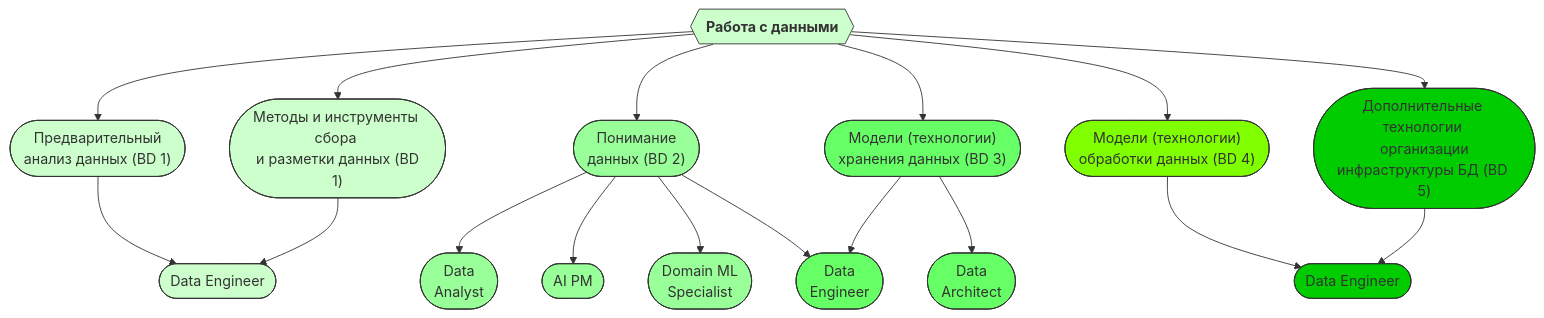
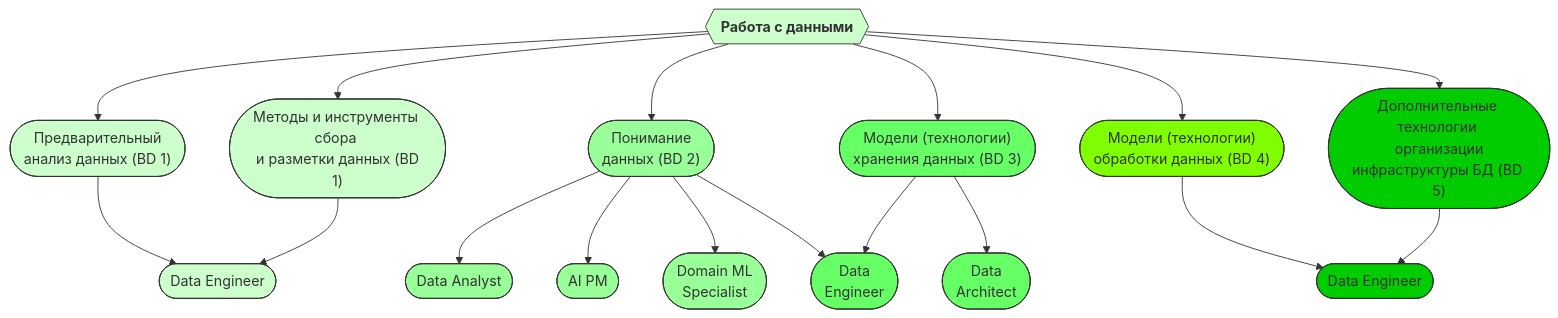
One commit to aimclub/ai-competency-model changed the second of 3 diagrams in README.md. Above: the diagram before and after it, drawn with Mermaid.

````diff
--- a/README.md
+++ b/README.md
@@ -34,46 +34,46 @@
 ```mermaid
 graph TD;
 classDef BD1Style fill:#CCFFCC,stroke:#333,stroke-width:1px
 classDef BD2Style fill:#99FF99,stroke:#333,stroke-width:1px
 classDef BD3Style fill:#66FF66,stroke:#333,stroke-width:1px
 classDef BD4Style fill:#80FF00,stroke:#333,stroke-width:1px
 classDef BD5Style fill:#00CC00,stroke:#333,stroke-width:1px
 
 areaBD{{"`**Работа с данными**`"}}:::BD1Style -->aspectPreDataAnalysis(["Предварительный <br> анализ данных (BD 1)"]):::BD1Style
 areaBD -->aspectDataMarkCollection(["Методы и инструменты сбора <br> и разметки данных (BD 1)"]):::BD1Style
 areaBD -->aspectDataUnderstanding(["Понимание <br> данных (BD 2)"]):::BD2Style
 areaBD -->aspectDataStoraging(["Модели (технологии) <br> хранения данных (BD 3)"]):::BD3Style
 areaBD -->aspectDataProcessing(["Модели (технологии) <br> обработки данных (BD 4)"]):::BD4Style
 areaBD -->aspectBDInfrastructure(["Дополнительные технологии <br> организации инфраструктуры БД (BD 5)"]):::BD5Style
 
 aspectPreDataAnalysis -->jobDataEngineer(["Data Engineer"]):::BD1Style
 aspectDataMarkCollection -->jobDataEngineer
 
-aspectDataUnderstanding -->jobDataAnalyst(["Data <br> Analyst"]):::BD2Style
+aspectDataUnderstanding -->jobDataAnalyst(["Data Analyst"]):::BD2Style
 aspectDataUnderstanding -->jobAIPM(["AI PM"]):::BD2Style
 aspectDataUnderstanding -->jobDomainMLSpecialist(["Domain ML <br> Specialist"]):::BD2Style
 
 aspectDataUnderstanding -->jobDataEngineer3(["Data <br> Engineer"]):::BD3Style
 aspectDataStoraging -->jobDataArchitect(["Data <br> Architect"]):::BD3Style
 aspectDataStoraging -->jobDataEngineer3(["Data <br> Engineer"]):::BD3Style
 
 aspectDataProcessing -->jobDataEngineer4(["Data Engineer"]):::BD5Style
 aspectBDInfrastructure -->jobDataEngineer4
 
 click aspectPreDataAnalysis "https://github.com/VoidSubjucator/Competence-Bank/blob/main/Math/BD/aspectPreDataAnalysis.md"
 click aspectDataMarkCollection "https://github.com/VoidSubjucator/Competence-Bank/blob/main/Math/BD/aspectDataMarkCollection.md"
 click aspectDataUnderstanding "https://github.com/VoidSubjucator/Competence-Bank/blob/main/Math/BD/aspectDataUnderstanding.md"
 click aspectDataStoraging "https://github.com/VoidSubjucator/Competence-Bank/blob/main/Math/BD/aspectDataStoraging.md"
 click aspectDataProcessing "https://github.com/VoidSubjucator/Competence-Bank/blob/main/Math/BD/aspectDataProcessing.md"
 click aspectBDInfrastructure "https://github.com/VoidSubjucator/Competence-Bank/blob/main/Math/BD/aspectBDInfrastructure.md"
 
 click jobDataEngineer "https://github.com/VoidSubjucator/Competence-Bank/blob/main/Jobs/jobDataEngineer.md"
 click jobDataEngineer3 "https://github.com/VoidSubjucator/Competence-Bank/blob/main/Jobs/jobDataEngineer.md"
 click jobDataEngineer4 "https://github.com/VoidSubjucator/Competence-Bank/blob/main/Jobs/jobDataEngineer.md"
 
 click jobDataAnalyst "https://github.com/VoidSubjucator/Competence-Bank/blob/main/Jobs/jobDataAnalyst.md"
 click jobAIPM "https://github.com/VoidSubjucator/Competence-Bank/blob/main/Jobs/jobAIPM.md"
 click jobDomainMLSpecialist "https://github.com/VoidSubjucator/Competence-Bank/blob/main/Jobs/jobDomainMLSpecialist.md"
 
 click jobDataArchitect "https://github.com/VoidSubjucator/Competence-Bank/blob/main/Jobs/jobDataArchitect.md"
 ```
````
